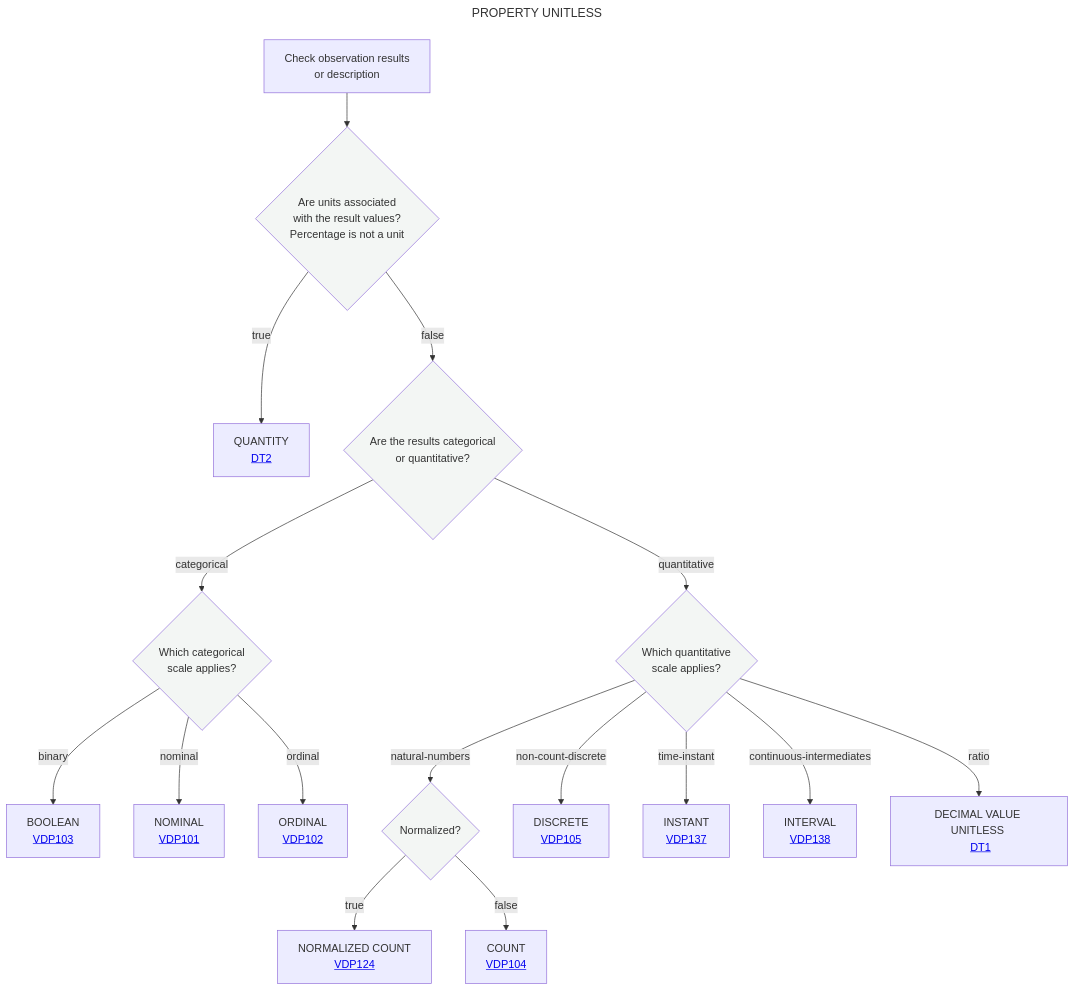
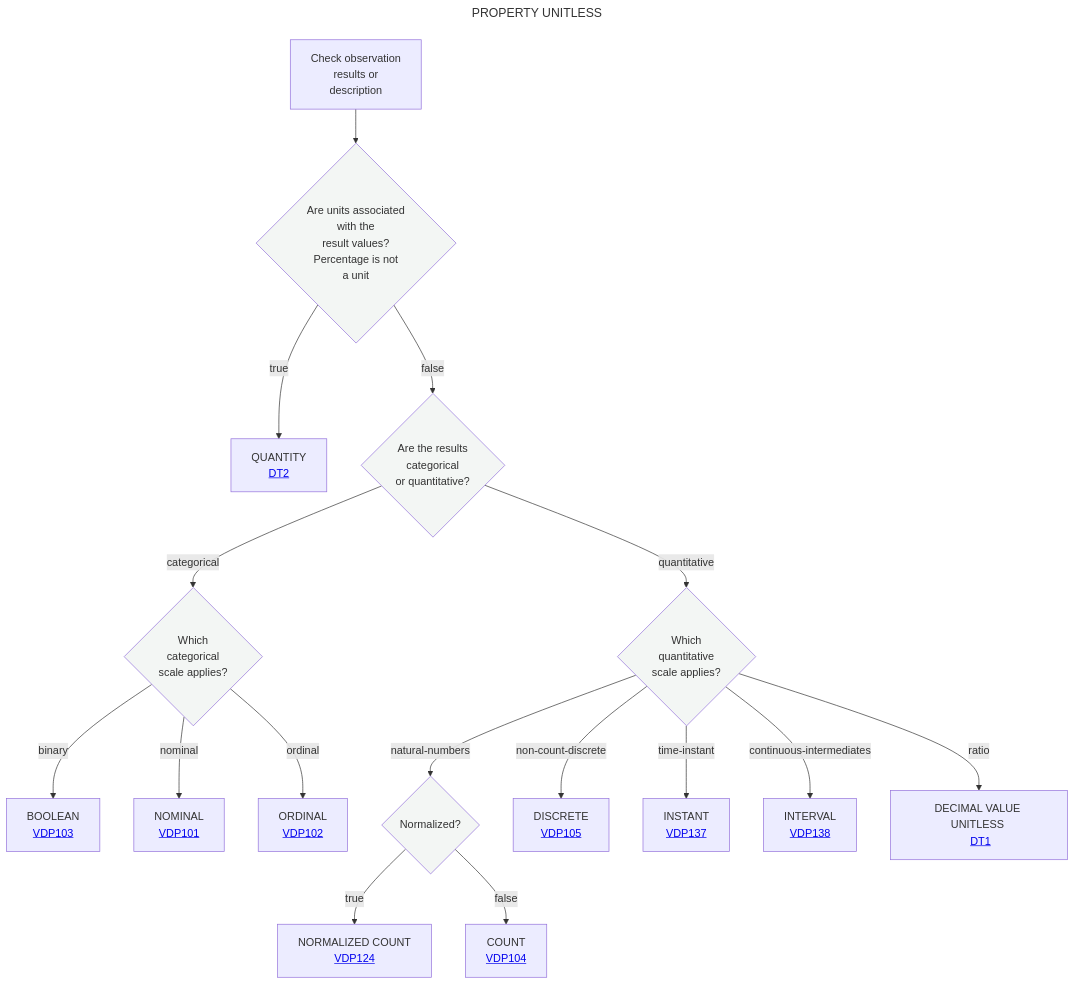
Before and after one commit to mabablue/I-ADOPT-patterns-playground: the diagram in Decisition_trees/DT0.mmd, drawn with Mermaid.

```diff
--- a/Decisition_trees/DT0.mmd
+++ b/Decisition_trees/DT0.mmd
@@ -1,30 +1,30 @@
 ---
 title: PROPERTY UNITLESS
 ---
 flowchart TD
-    A[Check observation results <br> or description] --> B{Are units associated <br> with the result values? <br> Percentage is not a unit}:::white
+    A[Check observation <br> results or <br> description] --> B{Are units associated <br> with the <br> result values? <br> Percentage is not <br> a unit}:::white
     
     %% Branch: Units Present -> QUANTITY (Ratio Scale with Units)
     B --> |true|N[QUANTITY <br> <a href='https://github.com/mabablue/I-ADOPT-patterns-playground/blob/main/Decisition_trees/DT2.mmd'>DT2</a><br>]
     
     %% Branch: Unitless Path
-    B --> |false|C{Are the results categorical <br> or quantitative?}:::white
+    B --> |false|C{Are the results <br> categorical <br> or quantitative?}:::white
     
     %% Categorical Branch (Binary, Nominal, Ordinal)
-    C -- categorical --> D{Which categorical <br> scale applies?}:::white
+    C -- categorical --> D{Which <br> categorical <br> scale applies?}:::white
     D -- binary --> E[BOOLEAN <br> <a href='https://github.com/mabablue/I-ADOPT-patterns-playground/blob/main/pattern/VDP103.yaml'>VDP103</a><br>]
     D -- nominal -->F[NOMINAL <br> <a href='https://github.com/mabablue/I-ADOPT-patterns-playground/blob/main/pattern/VDP101.yaml'>VDP101</a><br>]
     D -- ordinal -->G[ORDINAL <br> <a href='https://github.com/mabablue/I-ADOPT-patterns-playground/blob/main/pattern/VDP102.yaml'>VDP102</a><br>]
-    C -- quantitative -->H{Which quantitative <br> scale applies?}:::white
+    C -- quantitative -->H{Which <br> quantitative <br> scale applies?}:::white
     H -- natural-numbers -->I{Normalized?}:::white
     I --> |true|Q[NORMALIZED COUNT <br> <a href='https://github.com/mabablue/I-ADOPT-patterns-playground/blob/main/pattern/VDP124.yaml'>VDP124</a><br>]
     I --> |false|P[COUNT <br> <a href='https://github.com/mabablue/I-ADOPT-patterns-playground/blob/main/pattern/VDP104.yaml'>VDP104</a><br>]
     H -- non-count-discrete -->O[DISCRETE <br> <a href='https://github.com/mabablue/I-ADOPT-patterns-playground/blob/main/pattern/VDP104.yaml'>VDP105</a><br>]
     H -- time-instant -->K[INSTANT <br> <a href='https://github.com/mabablue/I-ADOPT-patterns-playground/blob/main/pattern/VDP137.yaml'>VDP137</a><br>]
     H -- continuous-intermediates -->L[INTERVAL <br> <a href='https://github.com/mabablue/I-ADOPT-patterns-playground/blob/main/pattern/VDP138.yaml'>VDP138</a><br>]
     H -- ratio -->M[DECIMAL VALUE UNITLESS <br> <a href='https://github.com/mabablue/I-ADOPT-patterns-playground/blob/main/Decisition_trees/DT1.mmd'>DT1</a><br>]
 
     classDef blue fill:#90D5FF
     classDef satblue fill:#57B9FF
     classDef white fill:#f3f6f4
     classDef green fill:#6aa84f
```
